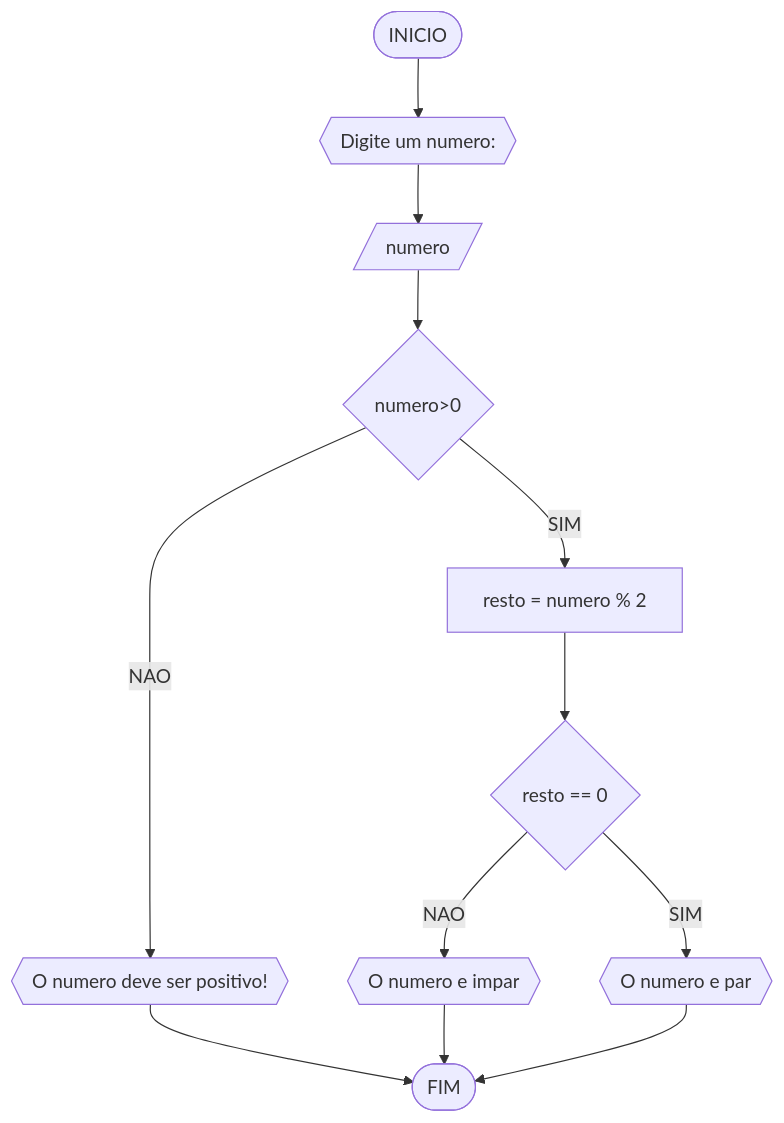
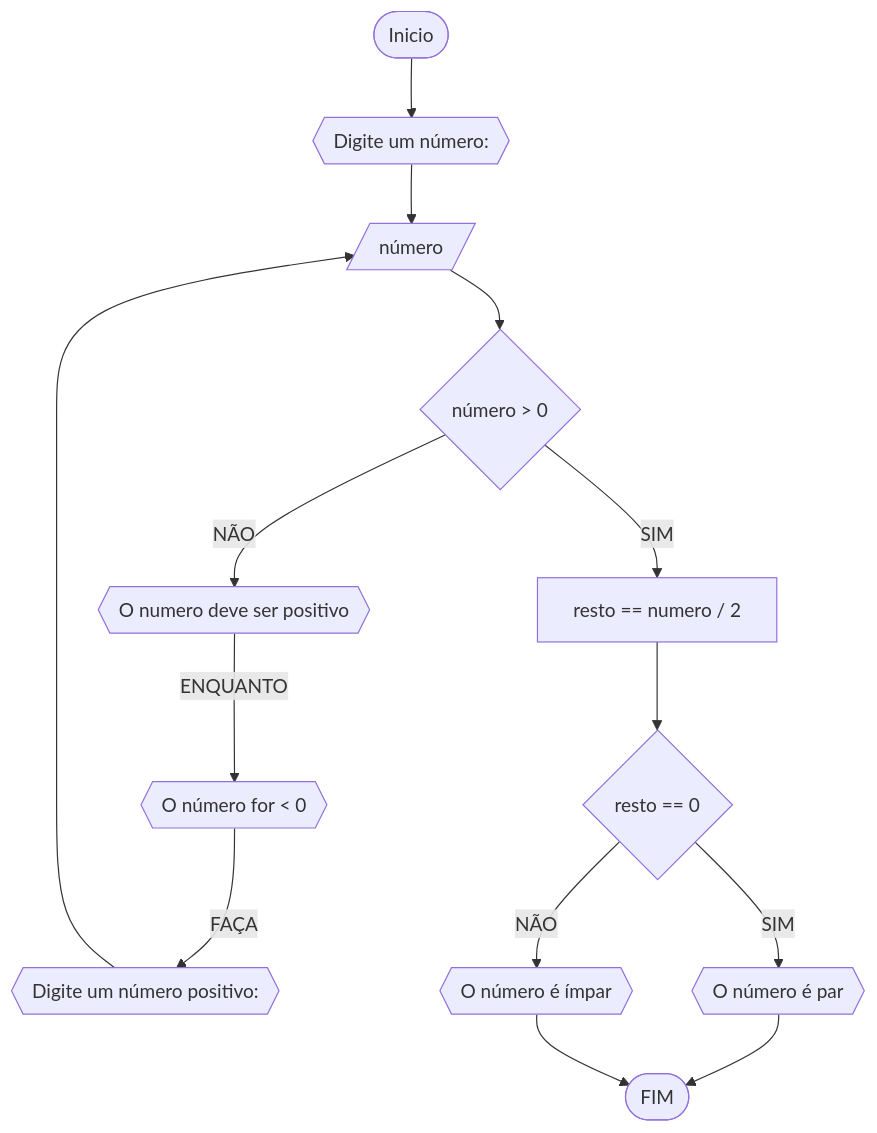
Before and after one commit to paaiva/UNIFOR2: the first of 4 diagrams in RLB/lista1_exercicios.md, drawn with Mermaid. The commit also changed other lines of this file, not shown here.

````diff
--- a/RLB/lista1_exercicios.md
+++ b/RLB/lista1_exercicios.md
@@ -10,14 +9,16 @@
 ```mermaid
 flowchart TD
-A([INICIO])-->B{{Digite um numero:}}
-B --> C[/numero/]
-C --> D{numero>0}
-D --NAO--> E{{O numero deve ser positivo!}}
-E --> J([FIM])
-D --SIM--> F[resto = numero % 2]
-F --> G{resto == 0}
-G --NAO--> H{{O numero e impar}}
-G --SIM--> I{{O numero e par}}
-H --> J
-I --> J
+A([Inicio])-->B{{Digite um número: }}
+B-->C[/número/]
+C-->D{número > 0}
+D--NÃO-->J{{O numero deve ser positivo}}
+J--ENQUANTO-->K{{O número for < 0}}
+K--FAÇA-->L{{Digite um número positivo: }}
+L-->C
+D--SIM-->E[resto == numero / 2]
+E-->F{resto == 0}
+F--SIM-->G{{O número é par}}
+F--NÃO-->H{{O número é ímpar}}
+G-->I([FIM])
+H-->I
 ```
````
